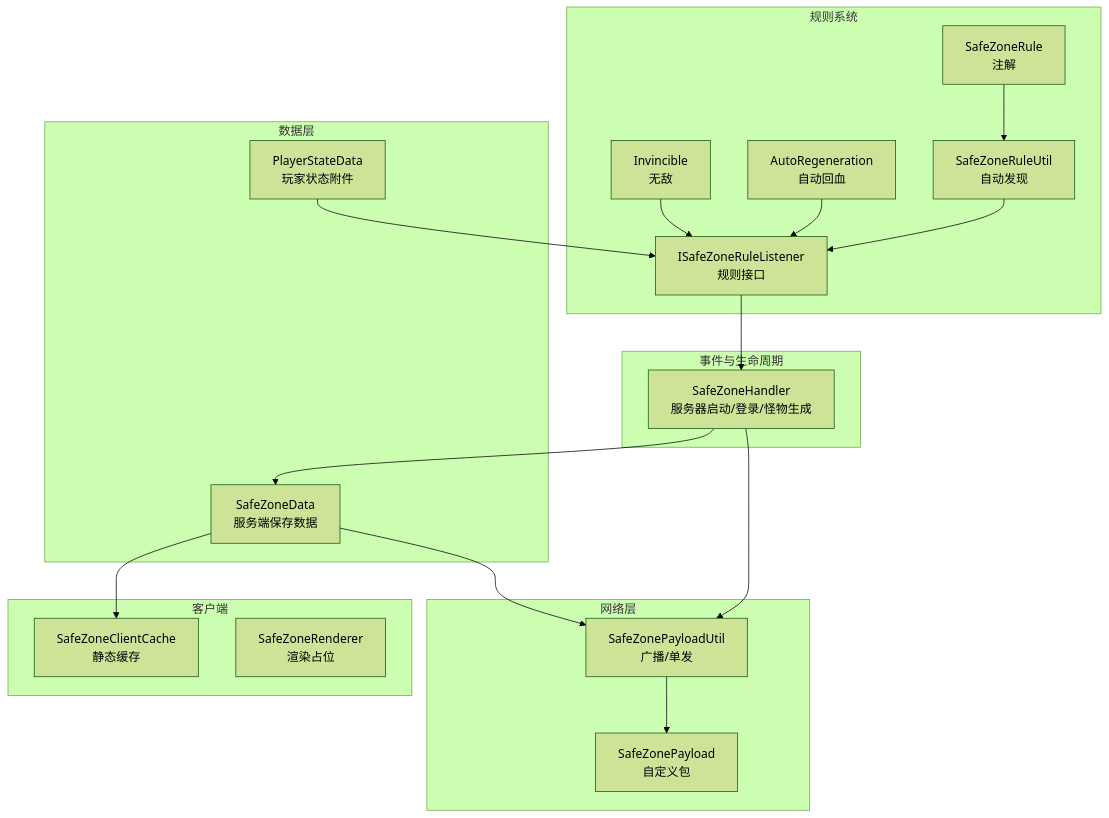
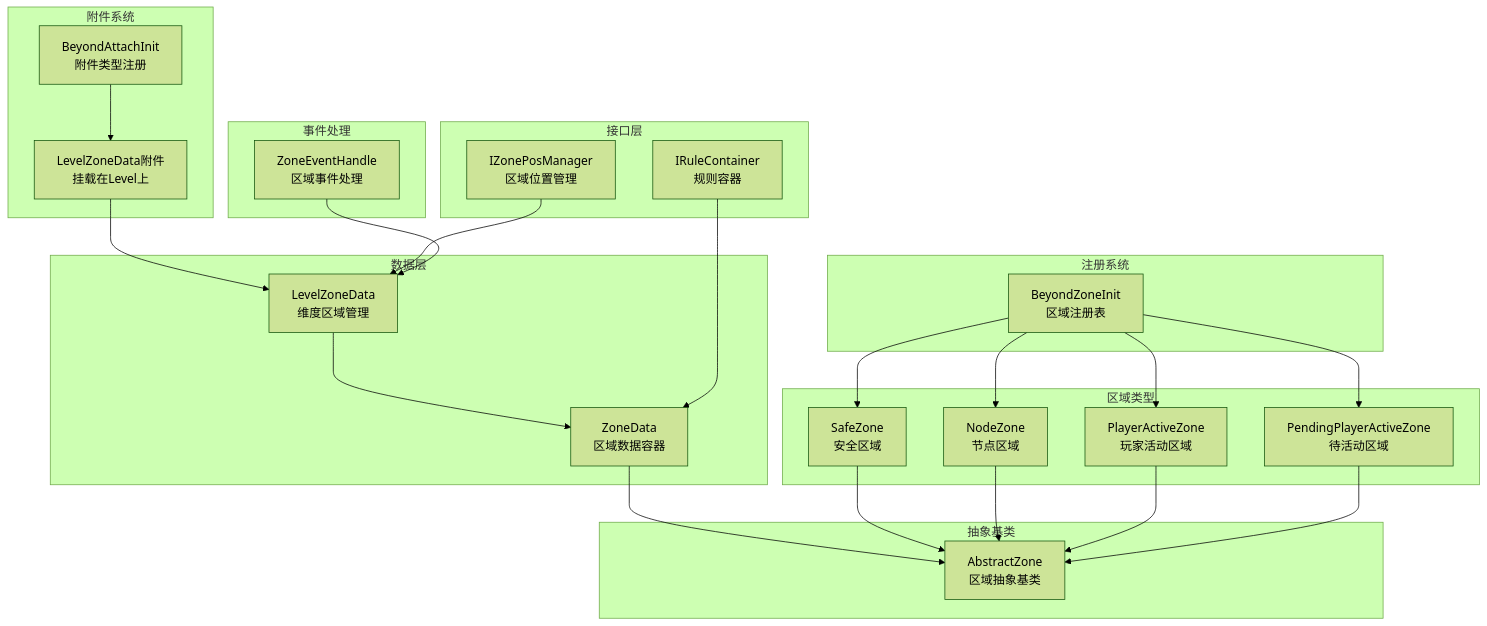
One commit to Ver-shift/SubModulesGeneHunter changed the first of 9 diagrams in .qoder/repowiki/zh/content/模块架构/Beyond安全区模块/安全区数据模型.md. Above: the diagram before and after it, drawn with Mermaid (forest theme). The commit also changed other lines of this file and 42 other files, not shown here.

````diff
--- a/.qoder/repowiki/zh/content/模块架构/Beyond安全区模块/安全区数据模型.md
+++ b/.qoder/repowiki/zh/content/模块架构/Beyond安全区模块/安全区数据模型.md
@@ -51,36 +66,45 @@
 ```mermaid
 graph TB
 subgraph "数据层"
-SZD["SafeZoneData<br/>服务端保存数据"]
-PSD["PlayerStateData<br/>玩家状态附件"]
+ZD["ZoneData<br/>区域数据容器"]
+LZD["LevelZoneData<br/>维度区域管理"]
 end
-subgraph "网络层"
-SZP["SafeZonePayload<br/>自定义包"]
-SZPU["SafeZonePayloadUtil<br/>广播/单发"]
+subgraph "附件系统"
+BAI["BeyondAttachInit<br/>附件类型注册"]
+LZD_ATTACH["LevelZoneData附件<br/>挂载在Level上"]
 end
-subgraph "事件与生命周期"
-SZH["SafeZoneHandler<br/>服务器启动/登录/怪物生成"]
+subgraph "区域类型"
+SZ["SafeZone<br/>安全区域"]
+NZ["NodeZone<br/>节点区域"]
+PAZ["PlayerActiveZone<br/>玩家活动区域"]
+PPAZ["PendingPlayerActiveZone<br/>待活动区域"]
 end
-subgraph "规则系统"
-ISR["ISafeZoneRuleListener<br/>规则接口"]
-SZRU["SafeZoneRuleUtil<br/>自动发现"]
-SZRA["SafeZoneRule<br/>注解"]
-AR["AutoRegeneration<br/>自动回血"]
-INV["Invincible<br/>无敌"]
+subgraph "注册系统"
+BZI["BeyondZoneInit<br/>区域注册表"]
 end
-subgraph "客户端"
-SZCC["SafeZoneClientCache<br/>静态缓存"]
-SZR["SafeZoneRenderer<br/>渲染占位"]
+subgraph "接口层"
+IZPM["IZonePosManager<br/>区域位置管理"]
+IRC["IRuleContainer<br/>规则容器"]
 end
-SZH --> SZD
-SZH --> SZPU
-SZPU --> SZP
-SZD --> SZPU
-SZD --> SZCC
-ISR --> SZH
-SZRU --> ISR
-SZRA --> SZRU
-AR --> ISR
-INV --> ISR
-PSD --> ISR
+subgraph "事件处理"
+ZEH["ZoneEventHandle<br/>区域事件处理"]
+end
+subgraph "抽象基类"
+AZ["AbstractZone<br/>区域抽象基类"]
+end
+ZD --> AZ
+LZD --> ZD
+LZD_ATTACH --> LZD
+BAI --> LZD_ATTACH
+SZ --> AZ
+NZ --> AZ
+PAZ --> AZ
+PPAZ --> AZ
+BZI --> SZ
+BZI --> NZ
+BZI --> PAZ
+BZI --> PPAZ
+IZPM --> LZD
+IRC --> ZD
+ZEH --> LZD
 ```
````
